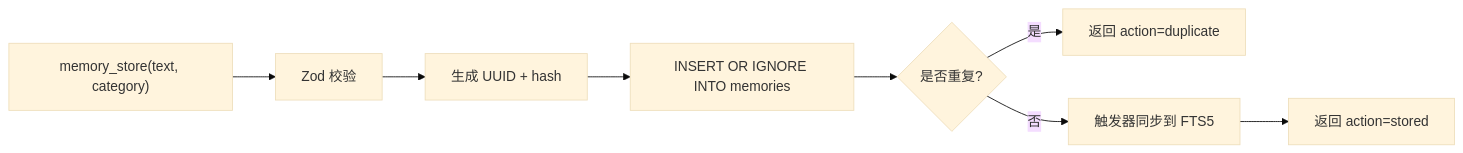
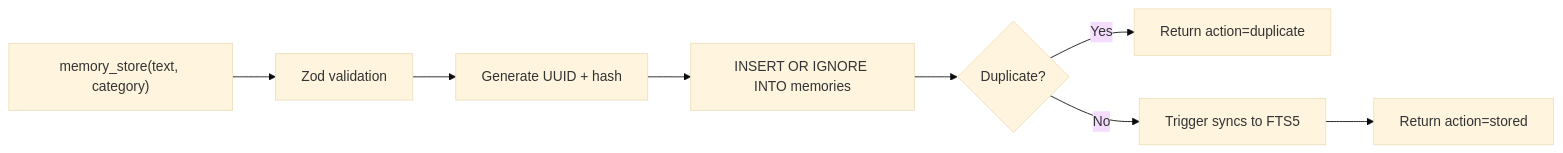
The third of 11 diagrams in ARCHITECTURE.md (lchaoer/claudecode-oepnclaw-mem), drawn with Mermaid (base theme) before and after one commit. The commit also changed other lines of this file and 2 other files, not shown here.

````diff
--- a/ARCHITECTURE.md
+++ b/ARCHITECTURE.md
@@ -157,10 +193,10 @@
 ```mermaid
 flowchart LR
-    A["memory_store(text, category)"] --> B["Zod 校验"]
-    B --> C["生成 UUID + hash"]
+    A["memory_store(text, category)"] --> B["Zod validation"]
+    B --> C["Generate UUID + hash"]
     C --> D["INSERT OR IGNORE INTO memories"]
-    D --> E{是否重复?}
-    E -->|是| F["返回 action=duplicate"]
-    E -->|否| G["触发器同步到 FTS5"]
-    G --> H["返回 action=stored"]
+    D --> E{Duplicate?}
+    E -->|Yes| F["Return action=duplicate"]
+    E -->|No| G["Trigger syncs to FTS5"]
+    G --> H["Return action=stored"]
 ```
````
